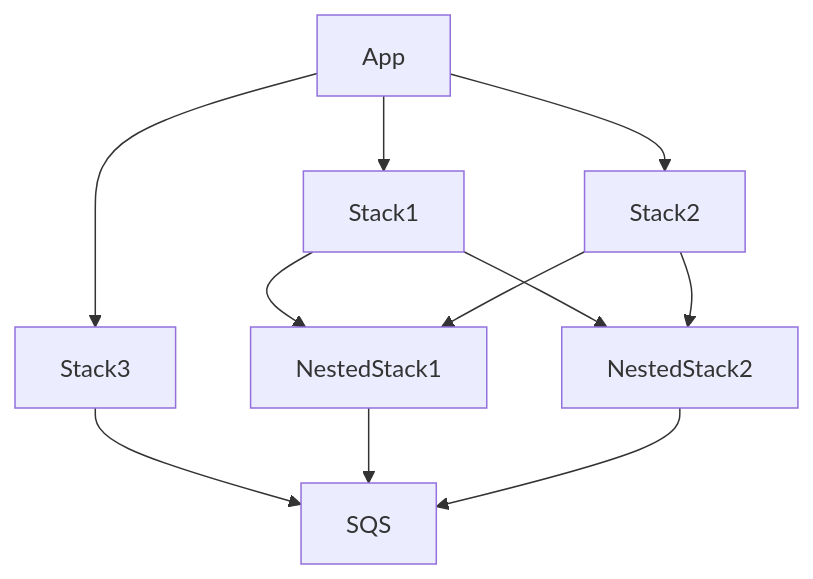
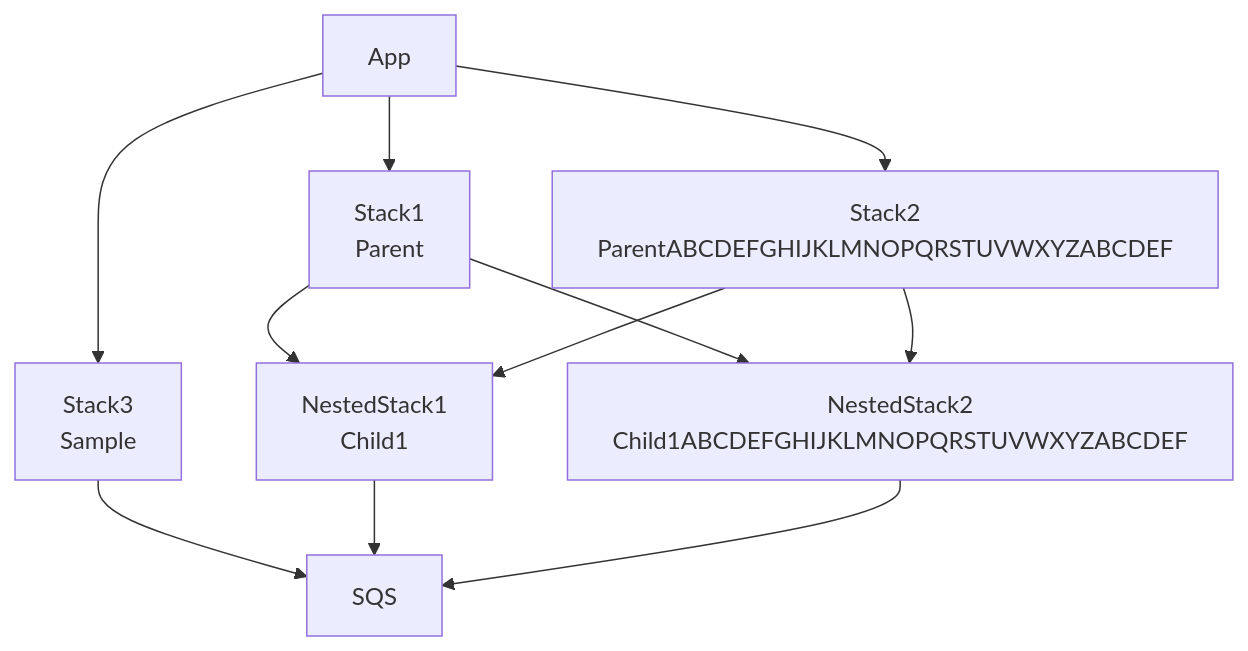
One commit to raihalea/nestedstack-memo changed the diagram in README.md. Above: the diagram before and after it, drawn with Mermaid.

````diff
--- a/README.md
+++ b/README.md
@@ -4,17 +4,17 @@
 ```mermaid
 graph TD
-  A[App] --> B[Stack1]
-  A --> C[Stack2]
-  A --> D[Stack3]
+  A[App] --> B[Stack1<br>Parent]
+  A --> C[Stack2<br>ParentABCDEFGHIJKLMNOPQRSTUVWXYZABCDEF]
+  A --> D[Stack3<br>Sample]
 
   D --> I[SQS]
 
-  B --> E[NestedStack1]
-  B --> F[NestedStack2]
+  B --> E[NestedStack1<br>Child1]
+  B --> F[NestedStack2<br>Child1ABCDEFGHIJKLMNOPQRSTUVWXYZABCDEF]
 
   C --> E
   C --> F
 
   E --> I
   F --> I
 ```
````
